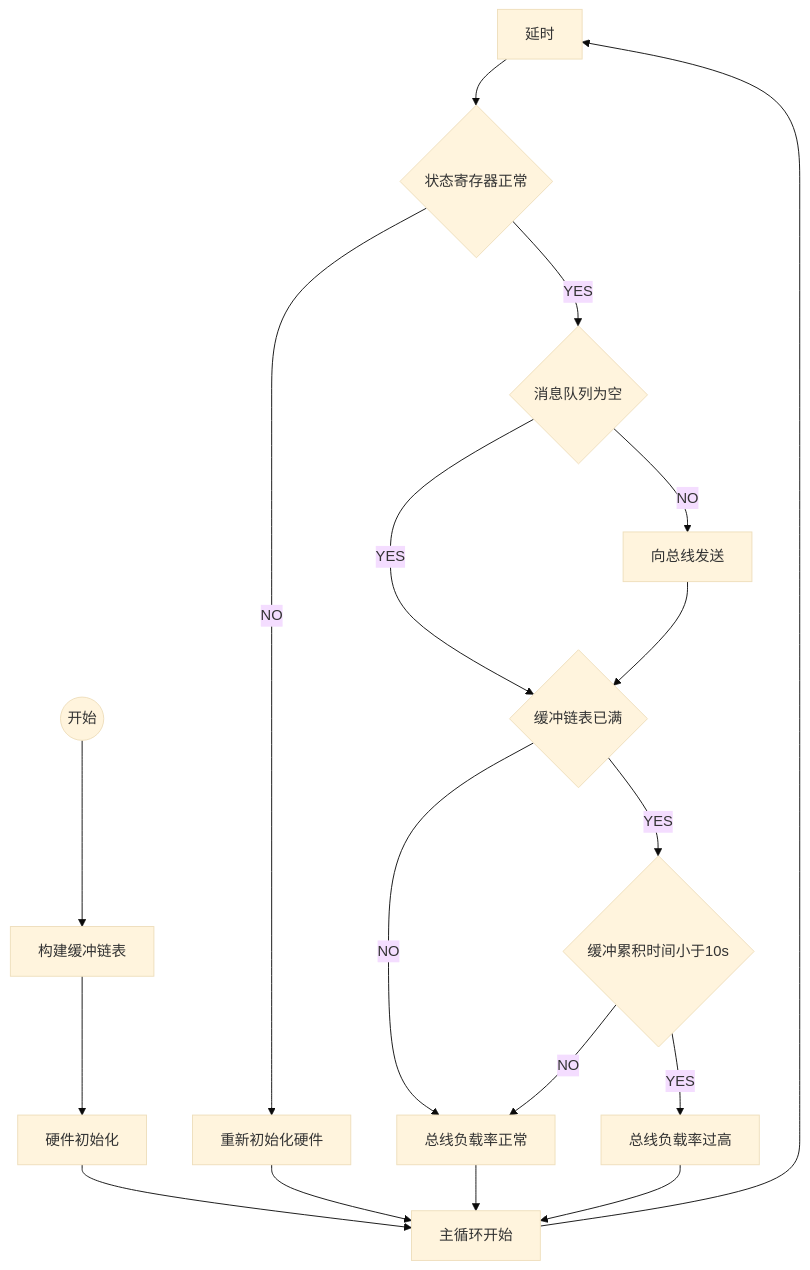
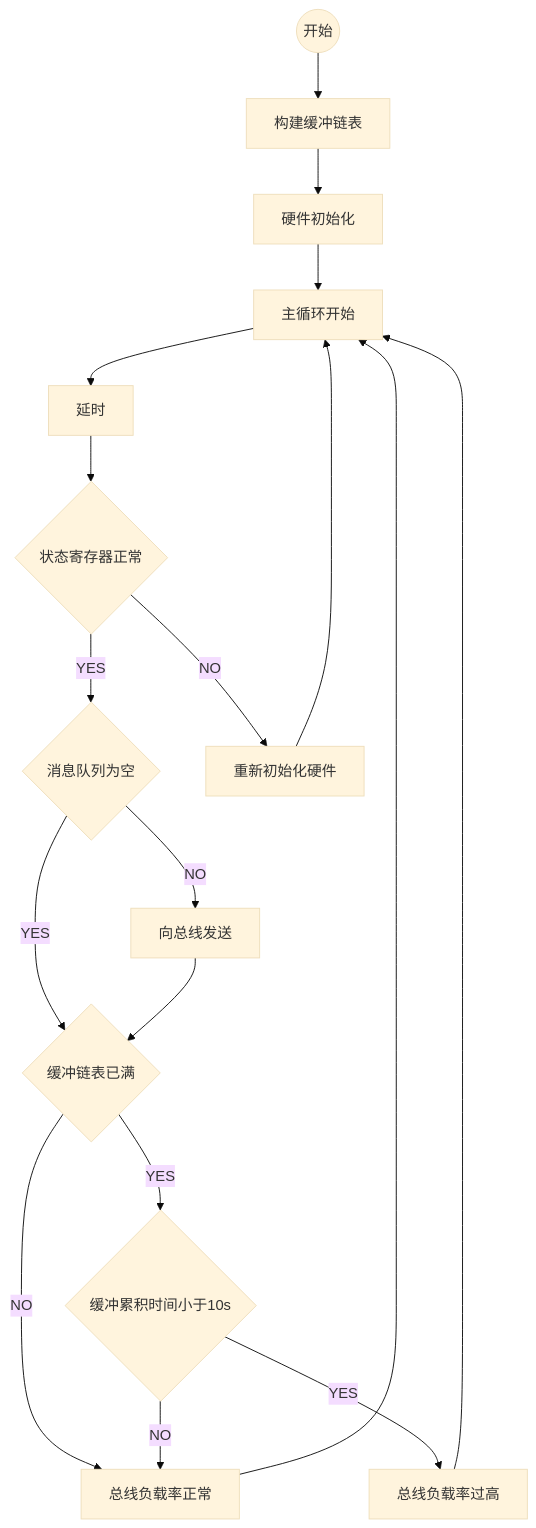
One commit to zhangyc999/new-tz-1 changed the first of 2 diagrams in doc/can.md. Above: the diagram before and after it, drawn with Mermaid (base theme). The commit also changed other lines of this file and 3 other files, not shown here.

````diff
--- a/doc/can.md
+++ b/doc/can.md
@@ -14,20 +14,20 @@
 ```mermaid
 graph TB
-        延时-->状态正常{状态寄存器正常}
         开始((开始))-->构建缓冲链表
         构建缓冲链表-->硬件初始化
         硬件初始化-->主循环开始
         主循环开始-->延时
+        延时-->状态正常{状态寄存器正常}
         状态正常--YES-->为空{消息队列为空}
         状态正常--NO-->重新初始化硬件
         重新初始化硬件-->主循环开始
         为空--YES-->已满{缓冲链表已满}
         为空--NO-->向总线发送
         向总线发送-->已满
         已满--YES-->小于10s{缓冲累积时间小于10s}
         已满--NO-->总线负载率正常
         小于10s--YES-->总线负载率过高
         小于10s--NO-->总线负载率正常
         总线负载率正常-->主循环开始
         总线负载率过高-->主循环开始
 ```
````
